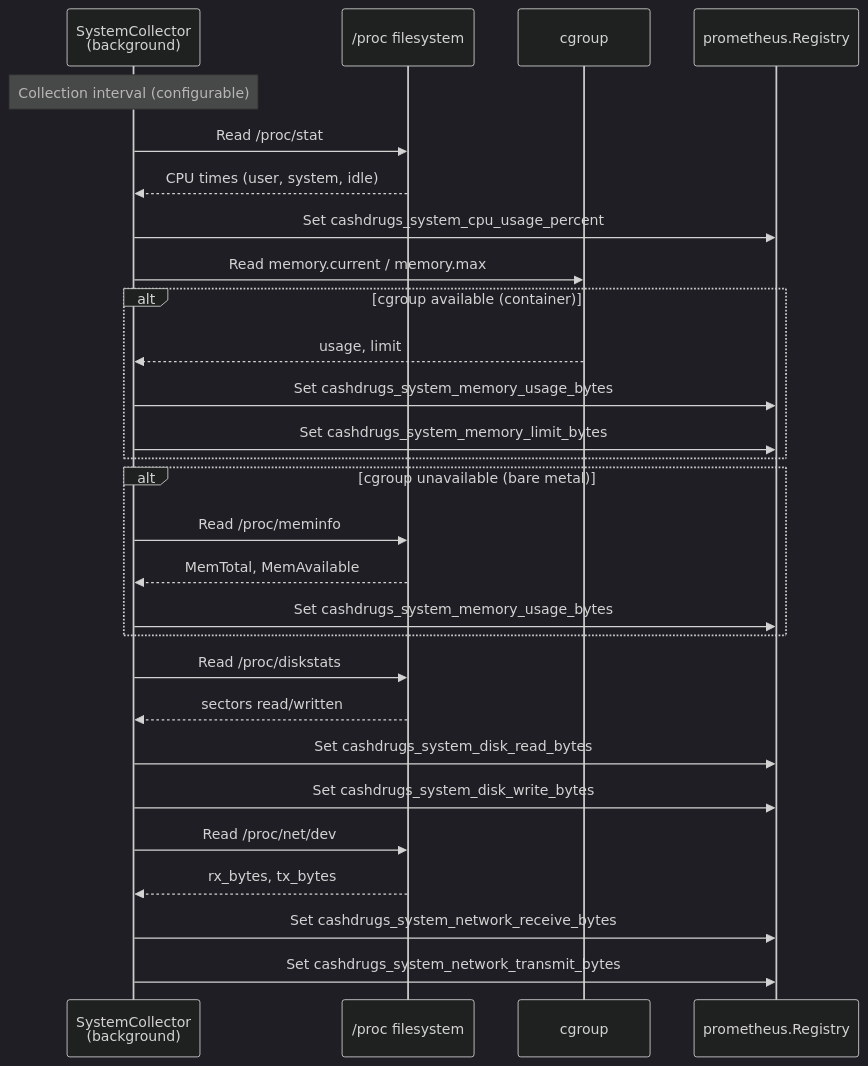
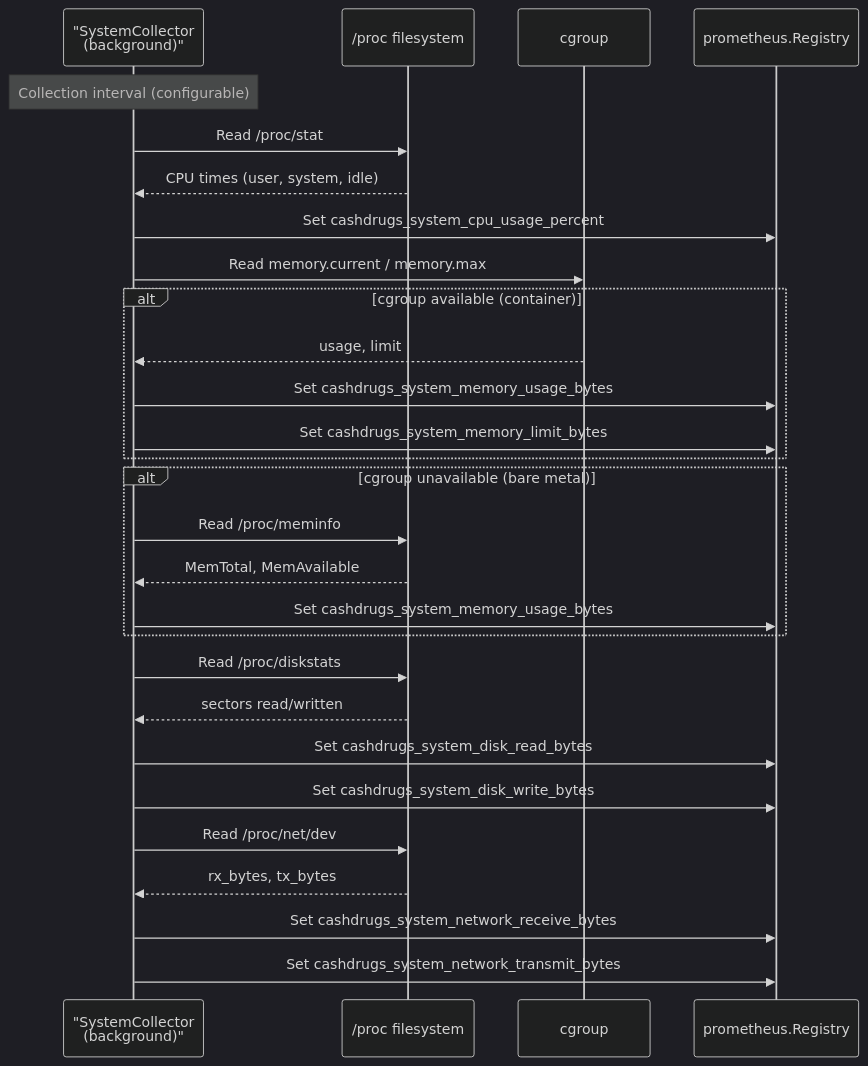
Before and after one commit to finish06/cash-drugs: the seventh of 31 diagrams in docs/sequence-diagram.md, drawn with Mermaid (dark theme). The commit also changed other lines of this file and 8 other files, not shown here.

````diff
--- a/docs/sequence-diagram.md
+++ b/docs/sequence-diagram.md
@@ -296,35 +296,35 @@
 ```mermaid
 sequenceDiagram
-    participant SC as SystemCollector<br/>(background)
+    participant SC as "SystemCollector<br/>(background)"
     participant PROC as /proc filesystem
     participant CG as cgroup
     participant REG as prometheus.Registry
 
     Note over SC: Collection interval (configurable)
 
     SC->>PROC: Read /proc/stat
     PROC-->>SC: CPU times (user, system, idle)
     SC->>REG: Set cashdrugs_system_cpu_usage_percent
 
     SC->>CG: Read memory.current / memory.max
     alt cgroup available (container)
         CG-->>SC: usage, limit
         SC->>REG: Set cashdrugs_system_memory_usage_bytes
         SC->>REG: Set cashdrugs_system_memory_limit_bytes
     end
     alt cgroup unavailable (bare metal)
         SC->>PROC: Read /proc/meminfo
         PROC-->>SC: MemTotal, MemAvailable
         SC->>REG: Set cashdrugs_system_memory_usage_bytes
     end
 
     SC->>PROC: Read /proc/diskstats
     PROC-->>SC: sectors read/written
     SC->>REG: Set cashdrugs_system_disk_read_bytes
     SC->>REG: Set cashdrugs_system_disk_write_bytes
 
     SC->>PROC: Read /proc/net/dev
     PROC-->>SC: rx_bytes, tx_bytes
     SC->>REG: Set cashdrugs_system_network_receive_bytes
     SC->>REG: Set cashdrugs_system_network_transmit_bytes
 ```
````
